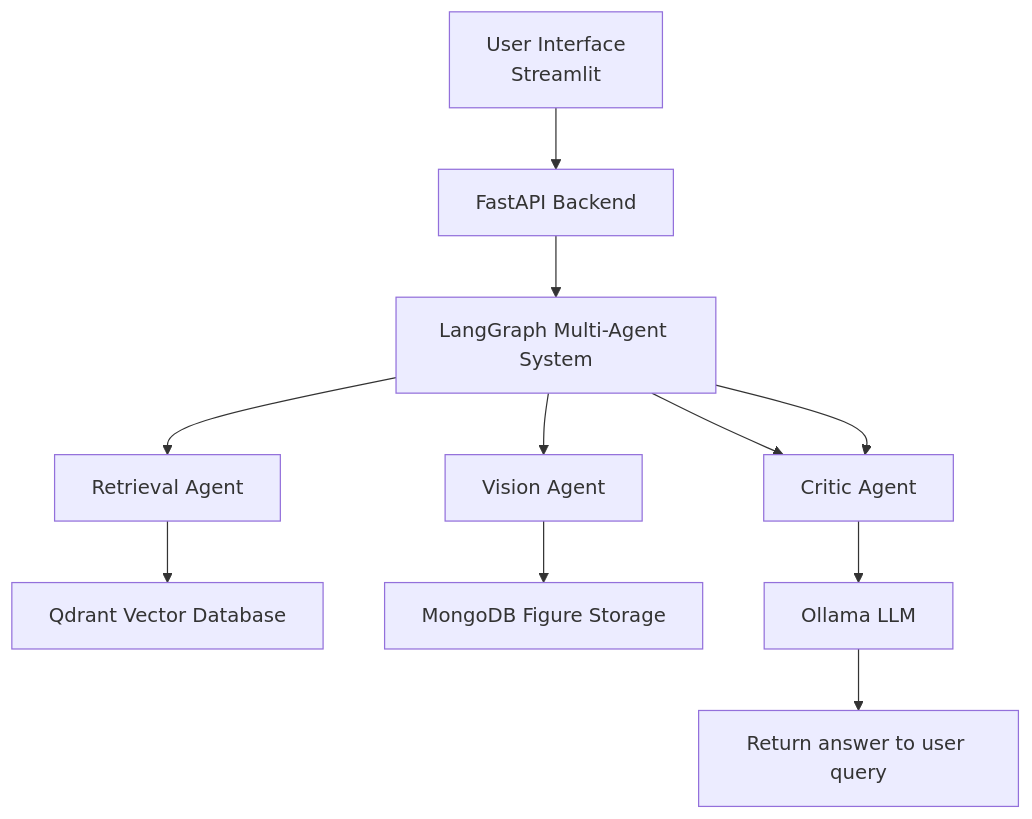
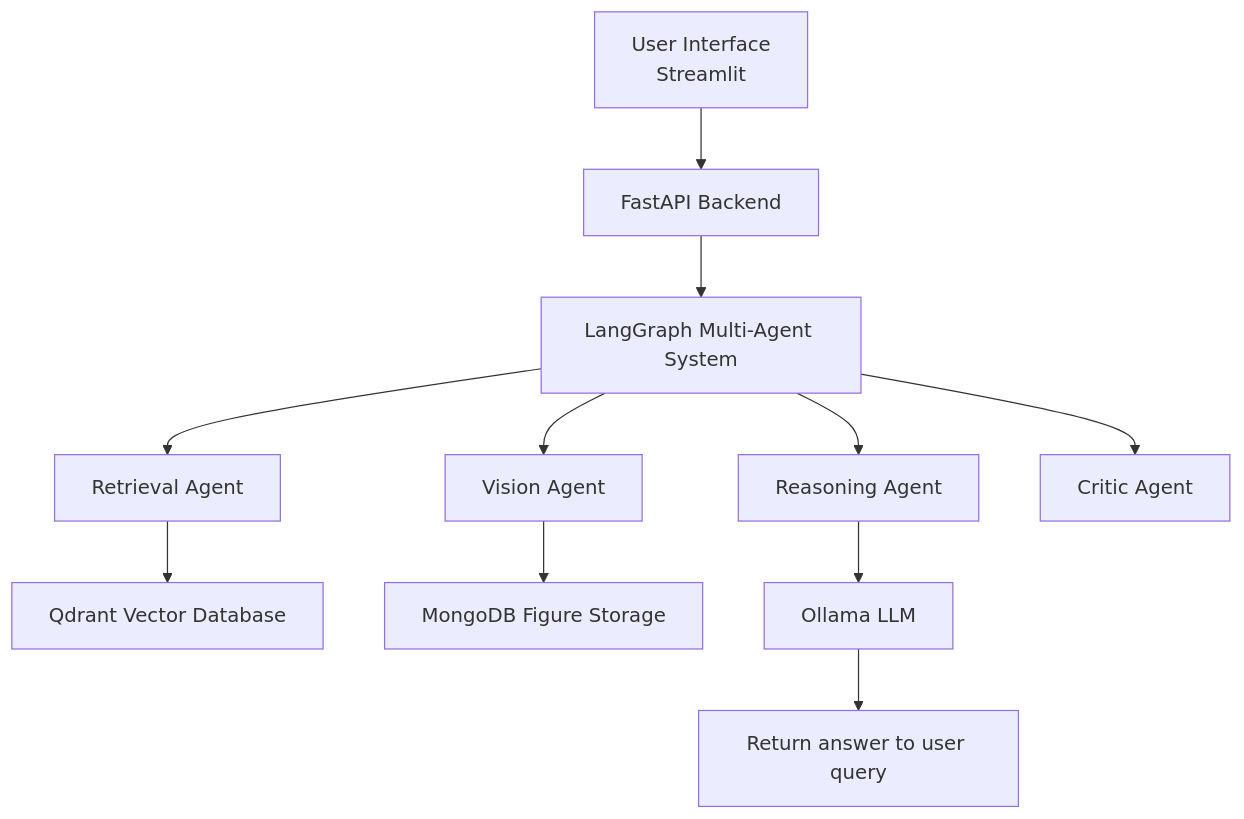
Before and after one commit to AditiGautam2000/ResearchLens--Multi-Agent-Multimodal-Research-Paper-Assistant: the first of 6 diagrams in README.md, drawn with Mermaid.

````diff
--- a/README.md
+++ b/README.md
@@ -106,16 +106,16 @@
 ```mermaid
 flowchart TD
 
 A[User Interface<br>Streamlit] --> B[FastAPI Backend]
 B --> C[LangGraph Multi-Agent System]
 
 C --> D[Retrieval Agent]
 C --> E[Vision Agent]
 C --> F[Reasoning Agent]
-C --> F[Critic Agent]
+C --> P[Critic Agent]
 
 D --> G[Qdrant Vector Database]
 E --> H[MongoDB Figure Storage]
 F --> I[Ollama LLM]
 I --> J[Return answer to user query]
 ```
````
